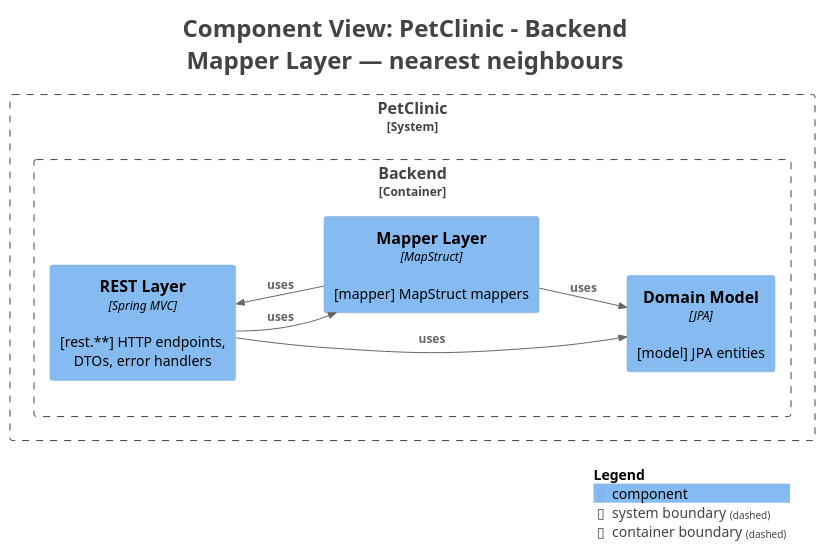
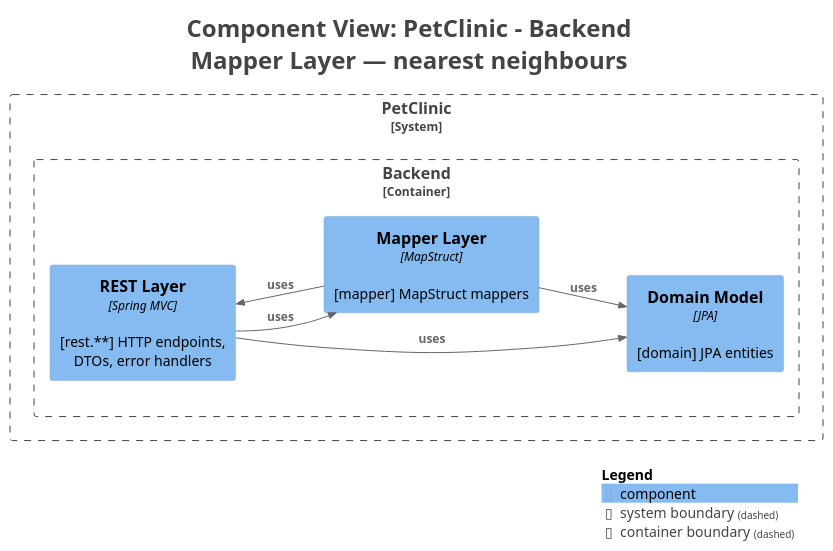
The diagram in petclinic-backend/docs/generated/c4views/C3-Mapper.puml (pmattiollo/petclinic), drawn with PlantUML before and after one commit. The commit also changed 65 other files, not shown here.

First line of the commit message:
refactor(docs+domain): reflection-based domain diagram, ERD polish, group docs/scripts

```diff
--- a/petclinic-backend/docs/generated/c4views/C3-Mapper.puml
+++ b/petclinic-backend/docs/generated/c4views/C3-Mapper.puml
@@ -1,34 +1,34 @@
 @startuml
 title <size:24>Component View: PetClinic - Backend</size>\n<size:24>Mapper Layer — nearest neighbours</size>
 
 set separator none
 left to right direction
 
 <style>
   root {
     BackgroundColor: #ffffff
     FontColor: #444444
   }
 </style>
 
 !include <C4/C4>
 !include <C4/C4_Context>
 !include <C4/C4_Component>
 
 System_Boundary("PetClinic_boundary", "PetClinic", $tags="") {
   Container_Boundary("PetClinic.Backend_boundary", "Backend", $tags="") {
     Component(PetClinic.Backend.RESTLayer, "REST Layer", $techn="Spring MVC", $descr="[rest.**] HTTP endpoints, DTOs, error handlers", $tags="", $link="")
-    Component(PetClinic.Backend.DomainModel, "Domain Model", $techn="JPA", $descr="[model] JPA entities", $tags="", $link="")
+    Component(PetClinic.Backend.DomainModel, "Domain Model", $techn="JPA", $descr="[domain] JPA entities", $tags="", $link="")
     Component(PetClinic.Backend.MapperLayer, "Mapper Layer", $techn="MapStruct", $descr="[mapper] MapStruct mappers", $tags="", $link="")
   }
 
 }
 
 Rel(PetClinic.Backend.RESTLayer, PetClinic.Backend.MapperLayer, "uses", $techn="", $tags="", $link="")
 Rel(PetClinic.Backend.RESTLayer, PetClinic.Backend.DomainModel, "uses", $techn="", $tags="", $link="")
 Rel(PetClinic.Backend.MapperLayer, PetClinic.Backend.RESTLayer, "uses", $techn="", $tags="", $link="")
 Rel(PetClinic.Backend.MapperLayer, PetClinic.Backend.DomainModel, "uses", $techn="", $tags="", $link="")
 
 SHOW_LEGEND(true)
 hide stereotypes
 @enduml
```
